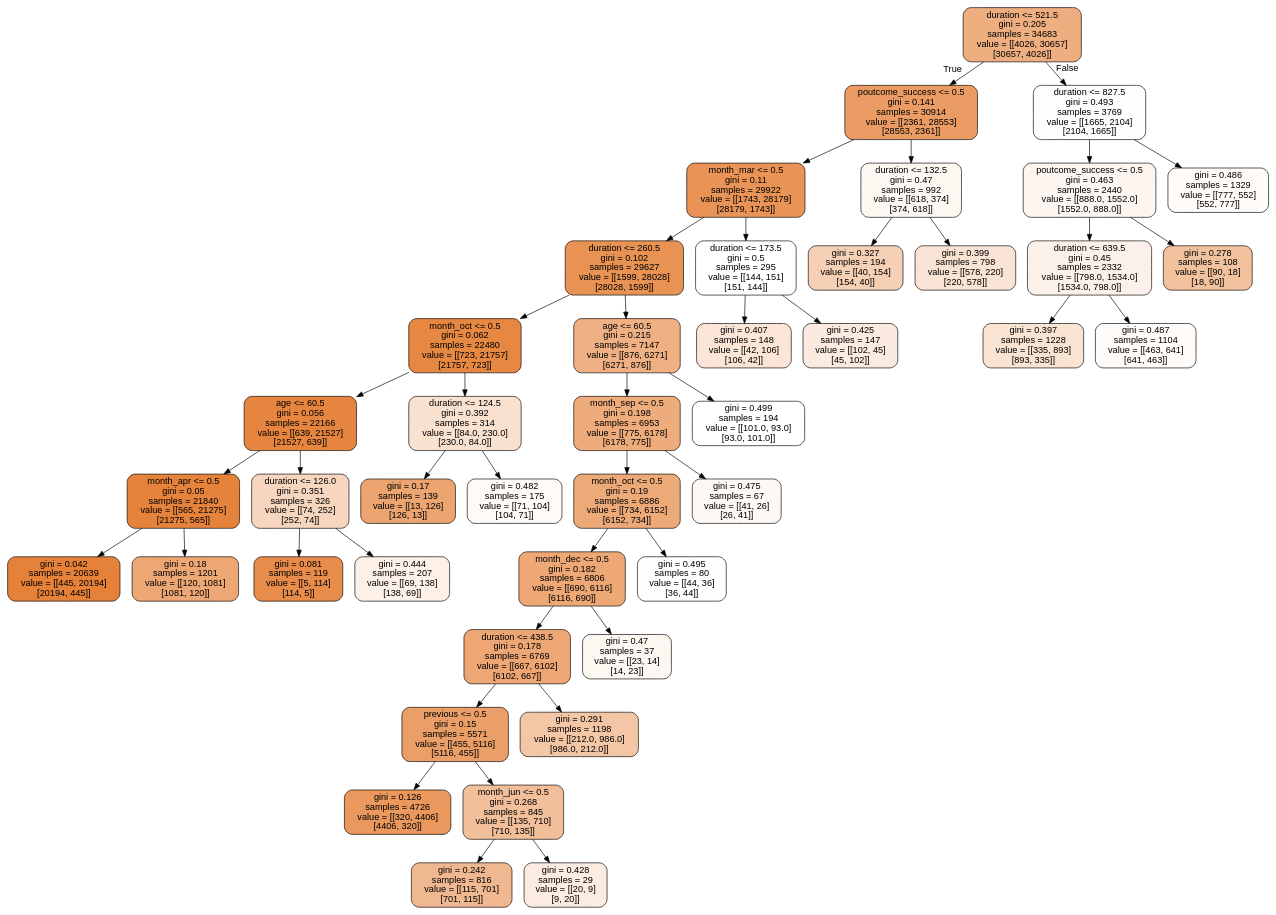
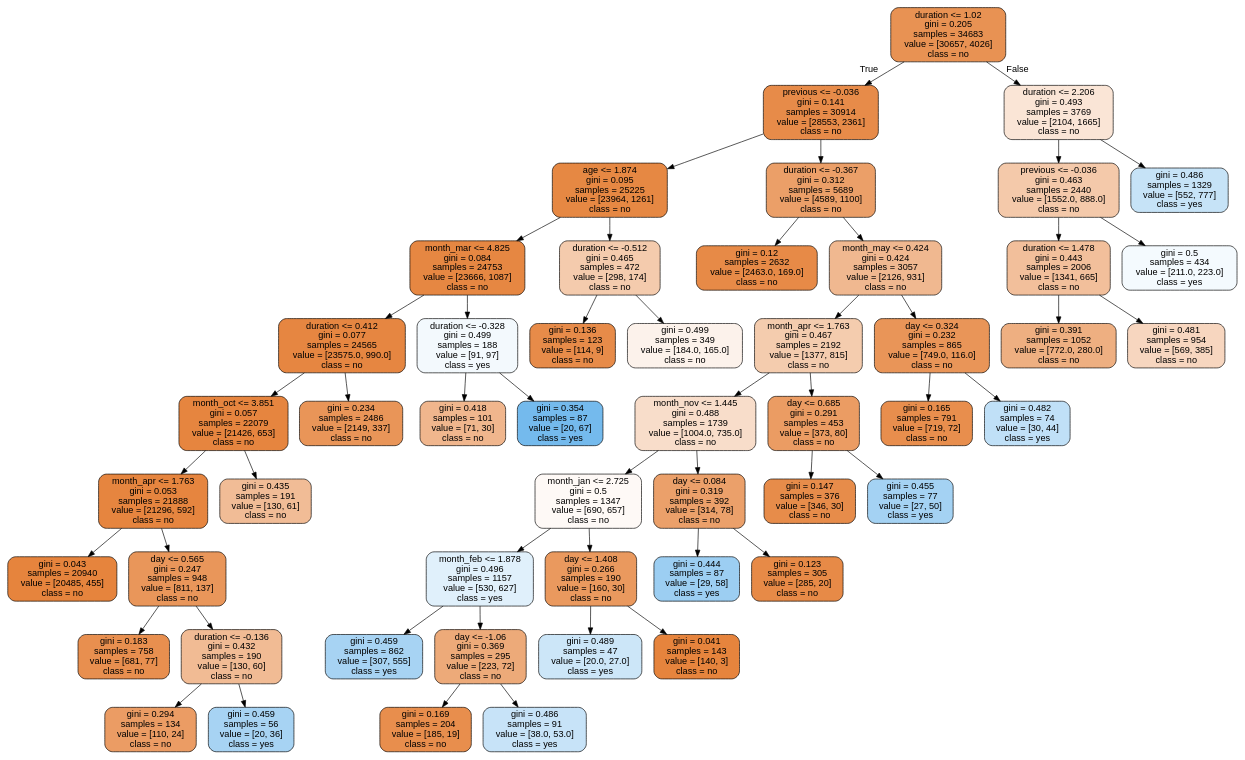
The diagram in notebooks/tree_rdc.dot (Steeve3/ML-model), drawn with Graphviz before and after one commit. The commit also changed 2 other files, not shown here.

```diff
--- a/notebooks/tree_rdc.dot
+++ b/notebooks/tree_rdc.dot
@@ -1,89 +1,105 @@
 digraph Tree {
 node [shape=box, style="filled, rounded", color="black", fontname="helvetica"] ;
 edge [fontname="helvetica"] ;
-0 [label="duration <= 521.5\ngini = 0.205\nsamples = 34683\nvalue = [[4026, 30657]\n[30657, 4026]]", fillcolor="#eeae80"] ;
-1 [label="poutcome_success <= 0.5\ngini = 0.141\nsamples = 30914\nvalue = [[2361, 28553]\n[28553, 2361]]", fillcolor="#eb9c64"] ;
+0 [label="duration <= 1.02\ngini = 0.205\nsamples = 34683\nvalue = [30657, 4026]\nclass = no", fillcolor="#e89253"] ;
+1 [label="previous <= -0.036\ngini = 0.141\nsamples = 30914\nvalue = [28553, 2361]\nclass = no", fillcolor="#e78b49"] ;
 0 -> 1 [labeldistance=2.5, labelangle=45, headlabel="True"] ;
-3 [label="month_mar <= 0.5\ngini = 0.11\nsamples = 29922\nvalue = [[1743, 28179]\n[28179, 1743]]", fillcolor="#e99456"] ;
+3 [label="age <= 1.874\ngini = 0.095\nsamples = 25225\nvalue = [23964, 1261]\nclass = no", fillcolor="#e68843"] ;
 1 -> 3 ;
-5 [label="duration <= 260.5\ngini = 0.102\nsamples = 29627\nvalue = [[1599, 28028]\n[28028, 1599]]", fillcolor="#e89253"] ;
-3 -> 5 ;
-7 [label="month_oct <= 0.5\ngini = 0.062\nsamples = 22480\nvalue = [[723, 21757]\n[21757, 723]]", fillcolor="#e68742"] ;
-5 -> 7 ;
-17 [label="age <= 60.5\ngini = 0.056\nsamples = 22166\nvalue = [[639, 21527]\n[21527, 639]]", fillcolor="#e6853f"] ;
-7 -> 17 ;
-23 [label="month_apr <= 0.5\ngini = 0.05\nsamples = 21840\nvalue = [[565, 21275]\n[21275, 565]]", fillcolor="#e5833d"] ;
-17 -> 23 ;
-35 [label="gini = 0.042\nsamples = 20639\nvalue = [[445, 20194]\n[20194, 445]]", fillcolor="#e58139"] ;
-23 -> 35 ;
-36 [label="gini = 0.18\nsamples = 1201\nvalue = [[120, 1081]\n[1081, 120]]", fillcolor="#eda775"] ;
-23 -> 36 ;
-24 [label="duration <= 126.0\ngini = 0.351\nsamples = 326\nvalue = [[74, 252]\n[252, 74]]", fillcolor="#f7d6bf"] ;
-17 -> 24 ;
-37 [label="gini = 0.081\nsamples = 119\nvalue = [[5, 114]\n[114, 5]]", fillcolor="#e78c4a"] ;
-24 -> 37 ;
-38 [label="gini = 0.444\nsamples = 207\nvalue = [[69, 138]\n[138, 69]]", fillcolor="#fcf0e7"] ;
-24 -> 38 ;
-18 [label="duration <= 124.5\ngini = 0.392\nsamples = 314\nvalue = [[84.0, 230.0]\n[230.0, 84.0]]", fillcolor="#f9e1d0"] ;
-7 -> 18 ;
-33 [label="gini = 0.17\nsamples = 139\nvalue = [[13, 126]\n[126, 13]]", fillcolor="#eca470"] ;
-18 -> 33 ;
-34 [label="gini = 0.482\nsamples = 175\nvalue = [[71, 104]\n[104, 71]]", fillcolor="#fefaf7"] ;
-18 -> 34 ;
-8 [label="age <= 60.5\ngini = 0.215\nsamples = 7147\nvalue = [[876, 6271]\n[6271, 876]]", fillcolor="#efb184"] ;
-5 -> 8 ;
-13 [label="month_sep <= 0.5\ngini = 0.198\nsamples = 6953\nvalue = [[775, 6178]\n[6178, 775]]", fillcolor="#eeac7c"] ;
-8 -> 13 ;
-19 [label="month_oct <= 0.5\ngini = 0.19\nsamples = 6886\nvalue = [[734, 6152]\n[6152, 734]]", fillcolor="#edaa79"] ;
-13 -> 19 ;
-21 [label="month_dec <= 0.5\ngini = 0.182\nsamples = 6806\nvalue = [[690, 6116]\n[6116, 690]]", fillcolor="#eda876"] ;
-19 -> 21 ;
-29 [label="duration <= 438.5\ngini = 0.178\nsamples = 6769\nvalue = [[667, 6102]\n[6102, 667]]", fillcolor="#eda674"] ;
-21 -> 29 ;
-31 [label="previous <= 0.5\ngini = 0.15\nsamples = 5571\nvalue = [[455, 5116]\n[5116, 455]]", fillcolor="#eb9f68"] ;
-29 -> 31 ;
-39 [label="gini = 0.126\nsamples = 4726\nvalue = [[320, 4406]\n[4406, 320]]", fillcolor="#ea985d"] ;
-31 -> 39 ;
-40 [label="month_jun <= 0.5\ngini = 0.268\nsamples = 845\nvalue = [[135, 710]\n[710, 135]]", fillcolor="#f2bf9b"] ;
-31 -> 40 ;
-41 [label="gini = 0.242\nsamples = 816\nvalue = [[115, 701]\n[701, 115]]", fillcolor="#f0b890"] ;
-40 -> 41 ;
-42 [label="gini = 0.428\nsamples = 29\nvalue = [[20, 9]\n[9, 20]]", fillcolor="#fbebe0"] ;
-40 -> 42 ;
-32 [label="gini = 0.291\nsamples = 1198\nvalue = [[212.0, 986.0]\n[986.0, 212.0]]", fillcolor="#f3c6a5"] ;
-29 -> 32 ;
-30 [label="gini = 0.47\nsamples = 37\nvalue = [[23, 14]\n[14, 23]]", fillcolor="#fdf7f2"] ;
-21 -> 30 ;
-22 [label="gini = 0.495\nsamples = 80\nvalue = [[44, 36]\n[36, 44]]", fillcolor="#fffefd"] ;
-19 -> 22 ;
-20 [label="gini = 0.475\nsamples = 67\nvalue = [[41, 26]\n[26, 41]]", fillcolor="#fef8f4"] ;
-13 -> 20 ;
-14 [label="gini = 0.499\nsamples = 194\nvalue = [[101.0, 93.0]\n[93.0, 101.0]]", fillcolor="#ffffff"] ;
-8 -> 14 ;
-6 [label="duration <= 173.5\ngini = 0.5\nsamples = 295\nvalue = [[144, 151]\n[151, 144]]", fillcolor="#ffffff"] ;
-3 -> 6 ;
-27 [label="gini = 0.407\nsamples = 148\nvalue = [[42, 106]\n[106, 42]]", fillcolor="#fae5d7"] ;
-6 -> 27 ;
-28 [label="gini = 0.425\nsamples = 147\nvalue = [[102, 45]\n[45, 102]]", fillcolor="#fbeadf"] ;
-6 -> 28 ;
-4 [label="duration <= 132.5\ngini = 0.47\nsamples = 992\nvalue = [[618, 374]\n[374, 618]]", fillcolor="#fdf7f2"] ;
+7 [label="month_mar <= 4.825\ngini = 0.084\nsamples = 24753\nvalue = [23666, 1087]\nclass = no", fillcolor="#e68742"] ;
+3 -> 7 ;
+9 [label="duration <= 0.412\ngini = 0.077\nsamples = 24565\nvalue = [23575.0, 990.0]\nclass = no", fillcolor="#e68641"] ;
+7 -> 9 ;
+15 [label="month_oct <= 3.851\ngini = 0.057\nsamples = 22079\nvalue = [21426, 653]\nclass = no", fillcolor="#e6853f"] ;
+9 -> 15 ;
+31 [label="month_apr <= 1.763\ngini = 0.053\nsamples = 21888\nvalue = [21296, 592]\nclass = no", fillcolor="#e6853f"] ;
+15 -> 31 ;
+37 [label="gini = 0.043\nsamples = 20940\nvalue = [20485, 455]\nclass = no", fillcolor="#e6843d"] ;
+31 -> 37 ;
+38 [label="day <= 0.565\ngini = 0.247\nsamples = 948\nvalue = [811, 137]\nclass = no", fillcolor="#e9965a"] ;
+31 -> 38 ;
+47 [label="gini = 0.183\nsamples = 758\nvalue = [681, 77]\nclass = no", fillcolor="#e88f4f"] ;
+38 -> 47 ;
+48 [label="duration <= -0.136\ngini = 0.432\nsamples = 190\nvalue = [130, 60]\nclass = no", fillcolor="#f1bb94"] ;
+38 -> 48 ;
+49 [label="gini = 0.294\nsamples = 134\nvalue = [110, 24]\nclass = no", fillcolor="#eb9c64"] ;
+48 -> 49 ;
+50 [label="gini = 0.459\nsamples = 56\nvalue = [20, 36]\nclass = yes", fillcolor="#a7d3f3"] ;
+48 -> 50 ;
+32 [label="gini = 0.435\nsamples = 191\nvalue = [130, 61]\nclass = no", fillcolor="#f1bc96"] ;
+15 -> 32 ;
+16 [label="gini = 0.234\nsamples = 2486\nvalue = [2149, 337]\nclass = no", fillcolor="#e99558"] ;
+9 -> 16 ;
+10 [label="duration <= -0.328\ngini = 0.499\nsamples = 188\nvalue = [91, 97]\nclass = yes", fillcolor="#f3f9fd"] ;
+7 -> 10 ;
+43 [label="gini = 0.418\nsamples = 101\nvalue = [71, 30]\nclass = no", fillcolor="#f0b68d"] ;
+10 -> 43 ;
+44 [label="gini = 0.354\nsamples = 87\nvalue = [20, 67]\nclass = yes", fillcolor="#74baed"] ;
+10 -> 44 ;
+8 [label="duration <= -0.512\ngini = 0.465\nsamples = 472\nvalue = [298, 174]\nclass = no", fillcolor="#f4cbad"] ;
+3 -> 8 ;
+35 [label="gini = 0.136\nsamples = 123\nvalue = [114, 9]\nclass = no", fillcolor="#e78b49"] ;
+8 -> 35 ;
+36 [label="gini = 0.499\nsamples = 349\nvalue = [184.0, 165.0]\nclass = no", fillcolor="#fcf2eb"] ;
+8 -> 36 ;
+4 [label="duration <= -0.367\ngini = 0.312\nsamples = 5689\nvalue = [4589, 1100]\nclass = no", fillcolor="#eb9f68"] ;
 1 -> 4 ;
-11 [label="gini = 0.327\nsamples = 194\nvalue = [[40, 154]\n[154, 40]]", fillcolor="#f5d0b4"] ;
-4 -> 11 ;
-12 [label="gini = 0.399\nsamples = 798\nvalue = [[578, 220]\n[220, 578]]", fillcolor="#f9e3d4"] ;
-4 -> 12 ;
-2 [label="duration <= 827.5\ngini = 0.493\nsamples = 3769\nvalue = [[1665, 2104]\n[2104, 1665]]", fillcolor="#fffdfc"] ;
+5 [label="gini = 0.12\nsamples = 2632\nvalue = [2463.0, 169.0]\nclass = no", fillcolor="#e78a47"] ;
+4 -> 5 ;
+6 [label="month_may <= 0.424\ngini = 0.424\nsamples = 3057\nvalue = [2126, 931]\nclass = no", fillcolor="#f0b890"] ;
+4 -> 6 ;
+13 [label="month_apr <= 1.763\ngini = 0.467\nsamples = 2192\nvalue = [1377, 815]\nclass = no", fillcolor="#f4ccae"] ;
+6 -> 13 ;
+17 [label="month_nov <= 1.445\ngini = 0.488\nsamples = 1739\nvalue = [1004.0, 735.0]\nclass = no", fillcolor="#f8ddca"] ;
+13 -> 17 ;
+19 [label="month_jan <= 2.725\ngini = 0.5\nsamples = 1347\nvalue = [690, 657]\nclass = no", fillcolor="#fef9f6"] ;
+17 -> 19 ;
+23 [label="month_feb <= 1.878\ngini = 0.496\nsamples = 1157\nvalue = [530, 627]\nclass = yes", fillcolor="#e0f0fb"] ;
+19 -> 23 ;
+25 [label="gini = 0.459\nsamples = 862\nvalue = [307, 555]\nclass = yes", fillcolor="#a7d3f3"] ;
+23 -> 25 ;
+26 [label="day <= -1.06\ngini = 0.369\nsamples = 295\nvalue = [223, 72]\nclass = no", fillcolor="#edaa79"] ;
+23 -> 26 ;
+33 [label="gini = 0.169\nsamples = 204\nvalue = [185, 19]\nclass = no", fillcolor="#e88e4d"] ;
+26 -> 33 ;
+34 [label="gini = 0.486\nsamples = 91\nvalue = [38.0, 53.0]\nclass = yes", fillcolor="#c7e3f8"] ;
+26 -> 34 ;
+24 [label="day <= 1.408\ngini = 0.266\nsamples = 190\nvalue = [160, 30]\nclass = no", fillcolor="#ea995e"] ;
+19 -> 24 ;
+41 [label="gini = 0.489\nsamples = 47\nvalue = [20.0, 27.0]\nclass = yes", fillcolor="#cce6f8"] ;
+24 -> 41 ;
+42 [label="gini = 0.041\nsamples = 143\nvalue = [140, 3]\nclass = no", fillcolor="#e6843d"] ;
+24 -> 42 ;
+20 [label="day <= 0.084\ngini = 0.319\nsamples = 392\nvalue = [314, 78]\nclass = no", fillcolor="#eba06a"] ;
+17 -> 20 ;
+21 [label="gini = 0.444\nsamples = 87\nvalue = [29, 58]\nclass = yes", fillcolor="#9ccef2"] ;
+20 -> 21 ;
+22 [label="gini = 0.123\nsamples = 305\nvalue = [285, 20]\nclass = no", fillcolor="#e78a47"] ;
+20 -> 22 ;
+18 [label="day <= 0.685\ngini = 0.291\nsamples = 453\nvalue = [373, 80]\nclass = no", fillcolor="#eb9c63"] ;
+13 -> 18 ;
+27 [label="gini = 0.147\nsamples = 376\nvalue = [346, 30]\nclass = no", fillcolor="#e78c4a"] ;
+18 -> 27 ;
+28 [label="gini = 0.455\nsamples = 77\nvalue = [27, 50]\nclass = yes", fillcolor="#a4d2f3"] ;
+18 -> 28 ;
+14 [label="day <= 0.324\ngini = 0.232\nsamples = 865\nvalue = [749.0, 116.0]\nclass = no", fillcolor="#e99558"] ;
+6 -> 14 ;
+29 [label="gini = 0.165\nsamples = 791\nvalue = [719, 72]\nclass = no", fillcolor="#e88e4d"] ;
+14 -> 29 ;
+30 [label="gini = 0.482\nsamples = 74\nvalue = [30, 44]\nclass = yes", fillcolor="#c0e0f7"] ;
+14 -> 30 ;
+2 [label="duration <= 2.206\ngini = 0.493\nsamples = 3769\nvalue = [2104, 1665]\nclass = no", fillcolor="#fae5d6"] ;
 0 -> 2 [labeldistance=2.5, labelangle=-45, headlabel="False"] ;
-9 [label="poutcome_success <= 0.5\ngini = 0.463\nsamples = 2440\nvalue = [[888.0, 1552.0]\n[1552.0, 888.0]]", fillcolor="#fdf5ef"] ;
-2 -> 9 ;
-15 [label="duration <= 639.5\ngini = 0.45\nsamples = 2332\nvalue = [[798.0, 1534.0]\n[1534.0, 798.0]]", fillcolor="#fcf1ea"] ;
-9 -> 15 ;
-25 [label="gini = 0.397\nsamples = 1228\nvalue = [[335, 893]\n[893, 335]]", fillcolor="#f9e3d2"] ;
-15 -> 25 ;
-26 [label="gini = 0.487\nsamples = 1104\nvalue = [[463, 641]\n[641, 463]]", fillcolor="#fefbf9"] ;
-15 -> 26 ;
-16 [label="gini = 0.278\nsamples = 108\nvalue = [[90, 18]\n[18, 90]]", fillcolor="#f2c29f"] ;
-9 -> 16 ;
-10 [label="gini = 0.486\nsamples = 1329\nvalue = [[777, 552]\n[552, 777]]", fillcolor="#fefbf9"] ;
-2 -> 10 ;
+11 [label="previous <= -0.036\ngini = 0.463\nsamples = 2440\nvalue = [1552.0, 888.0]\nclass = no", fillcolor="#f4c9aa"] ;
+2 -> 11 ;
+39 [label="duration <= 1.478\ngini = 0.443\nsamples = 2006\nvalue = [1341, 665]\nclass = no", fillcolor="#f2bf9b"] ;
+11 -> 39 ;
+45 [label="gini = 0.391\nsamples = 1052\nvalue = [772.0, 280.0]\nclass = no", fillcolor="#eeaf81"] ;
+39 -> 45 ;
+46 [label="gini = 0.481\nsamples = 954\nvalue = [569, 385]\nclass = no", fillcolor="#f7d6bf"] ;
+39 -> 46 ;
+40 [label="gini = 0.5\nsamples = 434\nvalue = [211.0, 223.0]\nclass = yes", fillcolor="#f4fafe"] ;
+11 -> 40 ;
+12 [label="gini = 0.486\nsamples = 1329\nvalue = [552, 777]\nclass = yes", fillcolor="#c6e3f7"] ;
+2 -> 12 ;
 }
```
